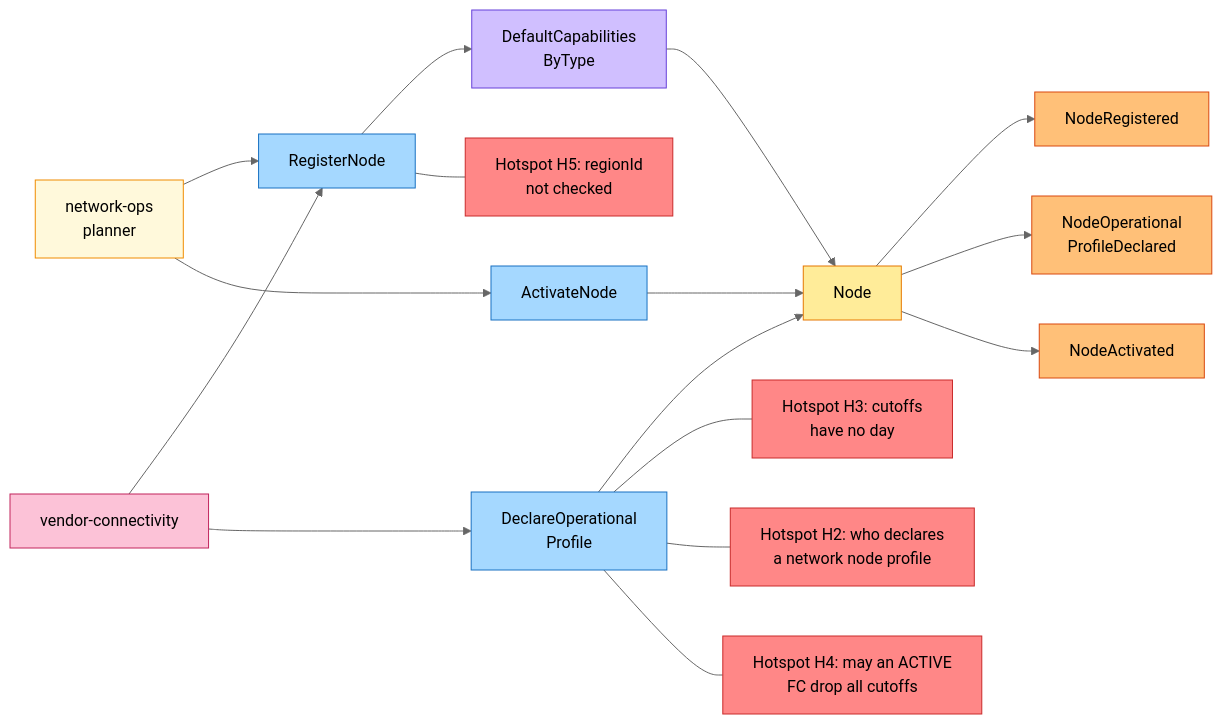
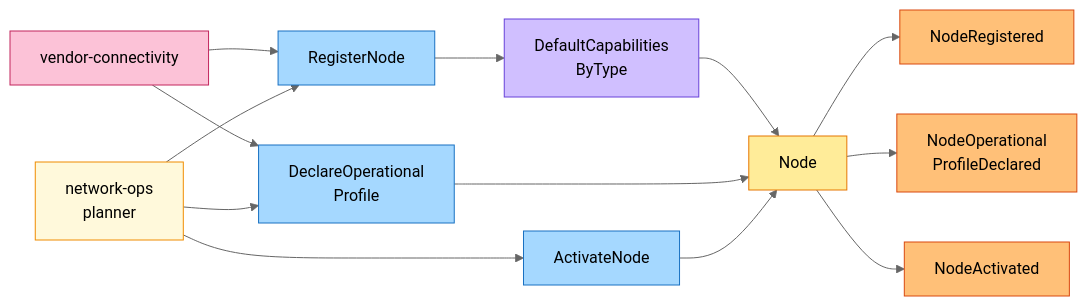
One commit to IQVO/warehouse-docs changed the first of 4 diagrams in docs/contexts/node-topology/eventstorming.md. Above: the diagram before and after it, drawn with Mermaid (neutral theme). The commit also changed other lines of this file and 16 other files, not shown here.

````diff
--- a/docs/contexts/node-topology/eventstorming.md
+++ b/docs/contexts/node-topology/eventstorming.md
@@ -36,41 +36,34 @@
 ```mermaid
 flowchart LR
     classDef command fill:#a5d8ff,stroke:#1971c2,color:#000
     classDef aggregate fill:#ffec99,stroke:#e67700,color:#000
     classDef event fill:#ffc078,stroke:#d9480f,color:#000
     classDef policy fill:#d0bfff,stroke:#6741d9,color:#000
     classDef readmodel fill:#b2f2bb,stroke:#2f9e44,color:#000
     classDef external fill:#fcc2d7,stroke:#c2255c,color:#000
     classDef hotspot fill:#ff8787,stroke:#c92a2a,color:#000
     classDef actor fill:#fff9db,stroke:#f08c00,color:#000
     VC["vendor-connectivity"]:::external
     PL["network-ops<br/>planner"]:::actor
     C1["RegisterNode"]:::command
     P1["DefaultCapabilities<br/>ByType"]:::policy
     G1["Node"]:::aggregate
     E1["NodeRegistered"]:::event
     C2["DeclareOperational<br/>Profile"]:::command
     E2["NodeOperational<br/>ProfileDeclared"]:::event
     C3["ActivateNode"]:::command
     E3["NodeActivated"]:::event
-    H1["Hotspot H5: regionId<br/>not checked"]:::hotspot
-    H2["Hotspot H3: cutoffs<br/>have no day"]:::hotspot
-    H3["Hotspot H2: who declares<br/>a network node profile"]:::hotspot
-    H7["Hotspot H4: may an ACTIVE<br/>FC drop all cutoffs"]:::hotspot
 
     VC --> C1
     PL --> C1
     C1 --> P1
     P1 --> G1
     G1 --> E1
     VC --> C2
+    PL --> C2
     C2 --> G1
     G1 --> E2
     PL --> C3
     C3 --> G1
     G1 --> E3
-    C1 --- H1
-    C2 --- H2
-    C2 --- H3
-    C2 --- H7
 ```
````
